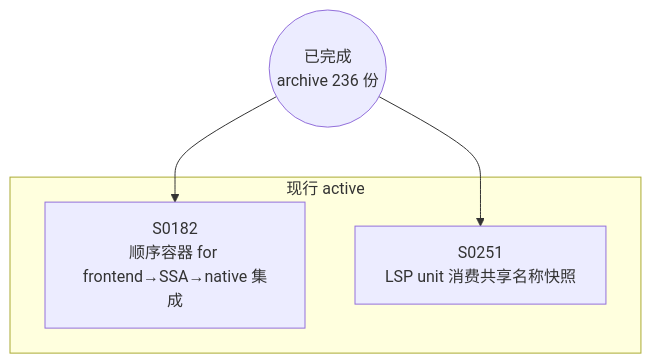
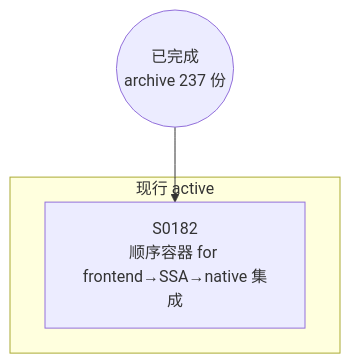
The diagram in docs/specs/dependency-graph.md (Halckon/Koven), drawn with Mermaid before and after one commit. The commit also changed other lines of this file and 10 other files, not shown here.

````diff
--- a/docs/specs/dependency-graph.md
+++ b/docs/specs/dependency-graph.md
@@ -9,10 +9,8 @@
 ```mermaid
 flowchart TD
-ARCH(("已完成<br/>archive 236 份"))
+ARCH(("已完成<br/>archive 237 份"))
 subgraph Gactive["现行 active"]
   S0182["S0182<br/>顺序容器 for frontend→SSA→native 集成"]
-  S0251["S0251<br/>LSP unit 消费共享名称快照"]
 end
 ARCH --> S0182
-ARCH --> S0251
 ```
````
